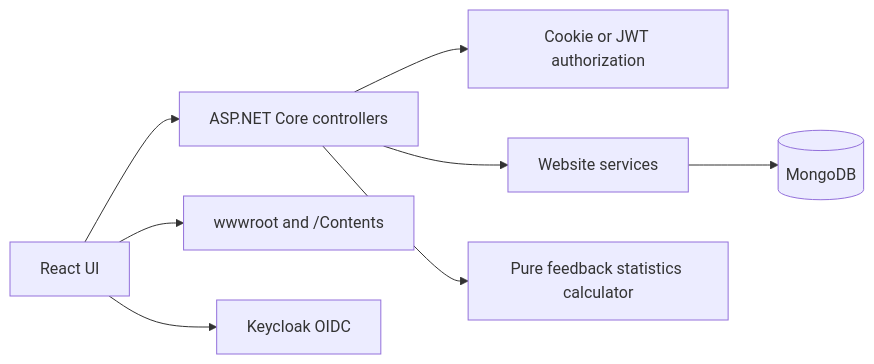
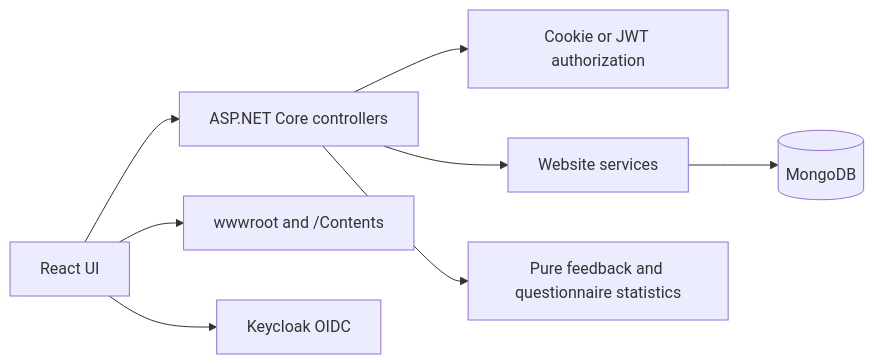
One commit to DotNetLiguria/dotnetliguriawebsite changed the diagram in docs/architecture.md. Above: the diagram before and after it, drawn with Mermaid. The commit also changed other lines of this file and 129 other files, not shown here.

````diff
--- a/docs/architecture.md
+++ b/docs/architecture.md
@@ -48,10 +53,10 @@
 ```mermaid
 flowchart LR
     Browser[React UI] --> API[ASP.NET Core controllers]
     Browser --> Static[wwwroot and /Contents]
     Browser --> Identity[Keycloak OIDC]
     API --> Auth[Cookie or JWT authorization]
     API --> Services[Website services]
     Services --> Mongo[(MongoDB)]
-    API --> Stats[Pure feedback statistics calculator]
+    API --> Stats[Pure feedback and questionnaire statistics]
 ```
````
